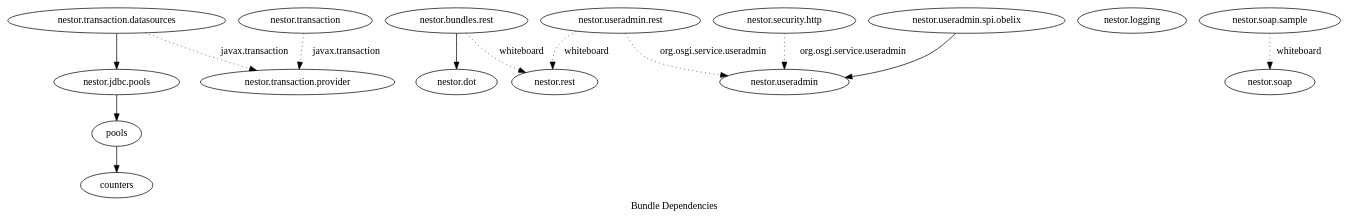
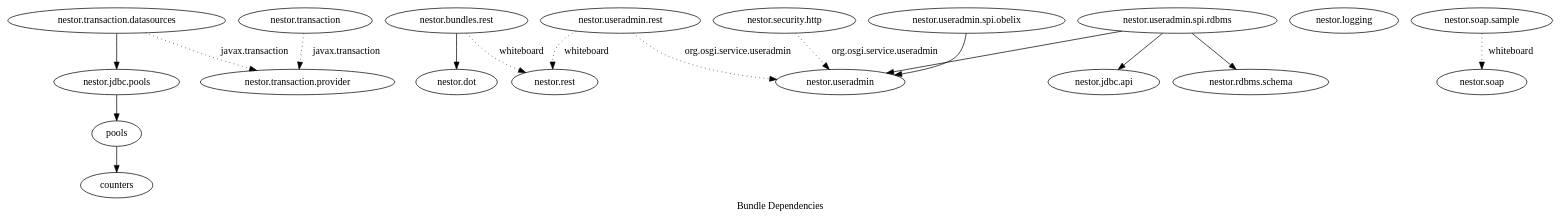
Before and after one commit to Amplifino/nestor: the diagram in nestor.gv, drawn with Graphviz. The commit also changed 10 other files, not shown here.

```diff
--- a/nestor.gv
+++ b/nestor.gv
@@ -1,30 +1,36 @@
 digraph "Bundles" {
 	label="Bundle Dependencies";
 	"counters";
 	"nestor.bundles.rest";
 	"nestor.dot";
+	"nestor.jdbc.api";
 	"nestor.jdbc.pools";
 	"nestor.logging";
+	"nestor.rdbms.schema"
 	"nestor.rest";
 	"nestor.security.http";
 	"nestor.soap";
 	"nestor.transaction";
 	"nestor.transaction.datasources";
 	"nestor.transaction.provider";
 	"nestor.useradmin";
 	"nestor.useradmin.rest";
 	"nestor.useradmin.spi.obelix";
+	"nestor.useradmin.spi.rdbms";
 	"pools";
 	"nestor.jdbc.pools" -> "pools";
 	"nestor.security.http" -> "nestor.useradmin" [style=dotted, label="org.osgi.service.useradmin"];
 	"nestor.transaction" -> "nestor.transaction.provider"  [style=dotted, label="javax.transaction"];
 	"nestor.transaction.datasources" -> "nestor.transaction.provider"  [style=dotted, label="javax.transaction"];
 	"nestor.transaction.datasources" -> "nestor.jdbc.pools";
 	"nestor.useradmin.rest" -> "nestor.useradmin"  [style=dotted, label="org.osgi.service.useradmin"];
 	"nestor.useradmin.rest" -> "nestor.rest"  [style=dotted, label="whiteboard"];
 	"nestor.useradmin.spi.obelix" ->  "nestor.useradmin";
 	"pools" -> "counters";
 	"nestor.bundles.rest" -> "nestor.dot";
 	"nestor.bundles.rest" -> "nestor.rest"  [style=dotted, label=whiteboard];
 	"nestor.soap.sample" -> "nestor.soap" [style=dotted, label=whiteboard];
+	"nestor.useradmin.spi.rdbms" -> "nestor.jdbc.api";
+	"nestor.useradmin.spi.rdbms" -> "nestor.rdbms.schema";
+	"nestor.useradmin.spi.rdbms" -> "nestor.useradmin";
 }
```
